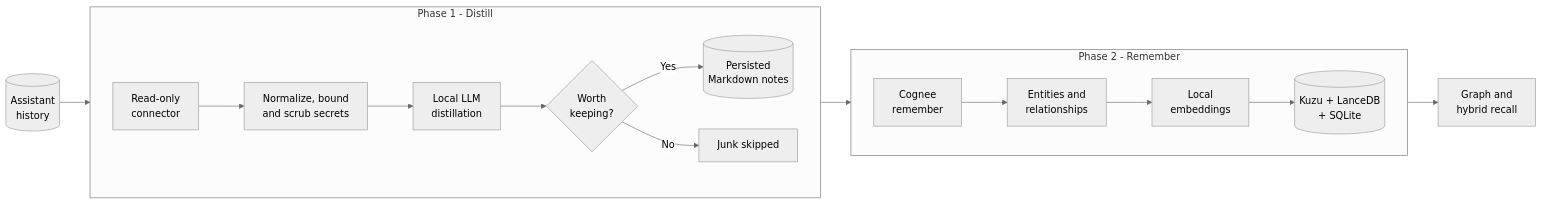
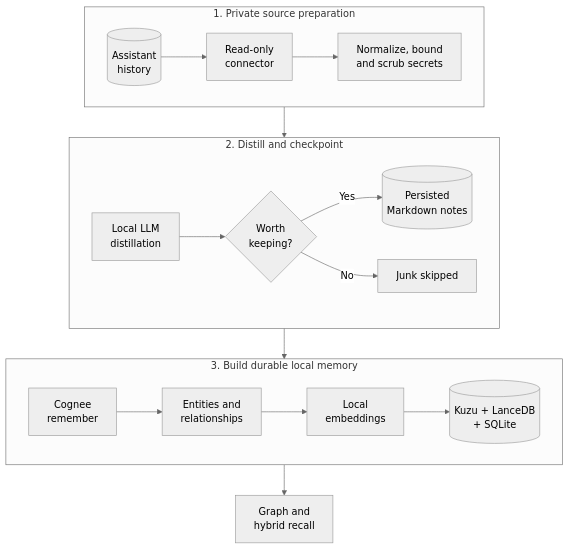
Before and after one commit to thomasmaerz/cognee-backfill: the first of 2 diagrams in README.md, drawn with Mermaid (neutral theme). The commit also changed other lines of this file, not shown here.

Commit message:
Lead with private historical backfill and improve diagram layout

````diff
--- a/README.md
+++ b/README.md
@@ -34,34 +56,38 @@
 ```mermaid
-flowchart LR
-    source[(Assistant<br/>history)]
-
-    subgraph distill[Phase 1 - Distill]
+flowchart TB
+    subgraph prepare[1. Private source preparation]
         direction LR
+        source[(Assistant<br/>history)]
         extract[Read-only<br/>connector]
         scrub[Normalize, bound<br/>and scrub secrets]
+        source --> extract --> scrub
+    end
+
+    subgraph distill[2. Distill and checkpoint]
+        direction LR
         llm[Local LLM<br/>distillation]
         gate{Worth<br/>keeping?}
         notes[(Persisted<br/>Markdown notes)]
         junk[Junk skipped]
 
-        extract --> scrub --> llm --> gate
+        llm --> gate
         gate -->|Yes| notes
         gate -->|No| junk
     end
 
-    subgraph remember[Phase 2 - Remember]
+    subgraph remember[3. Build durable local memory]
         direction LR
         ingest[Cognee<br/>remember]
         entities[Entities and<br/>relationships]
         vectors[Local<br/>embeddings]
         stores[(Kuzu + LanceDB<br/>+ SQLite)]
 
         ingest --> entities --> vectors --> stores
     end
 
     recall[Graph and<br/>hybrid recall]
 
-    source --> extract
+    scrub --> llm
     notes --> ingest
     stores --> recall
 ```
````
